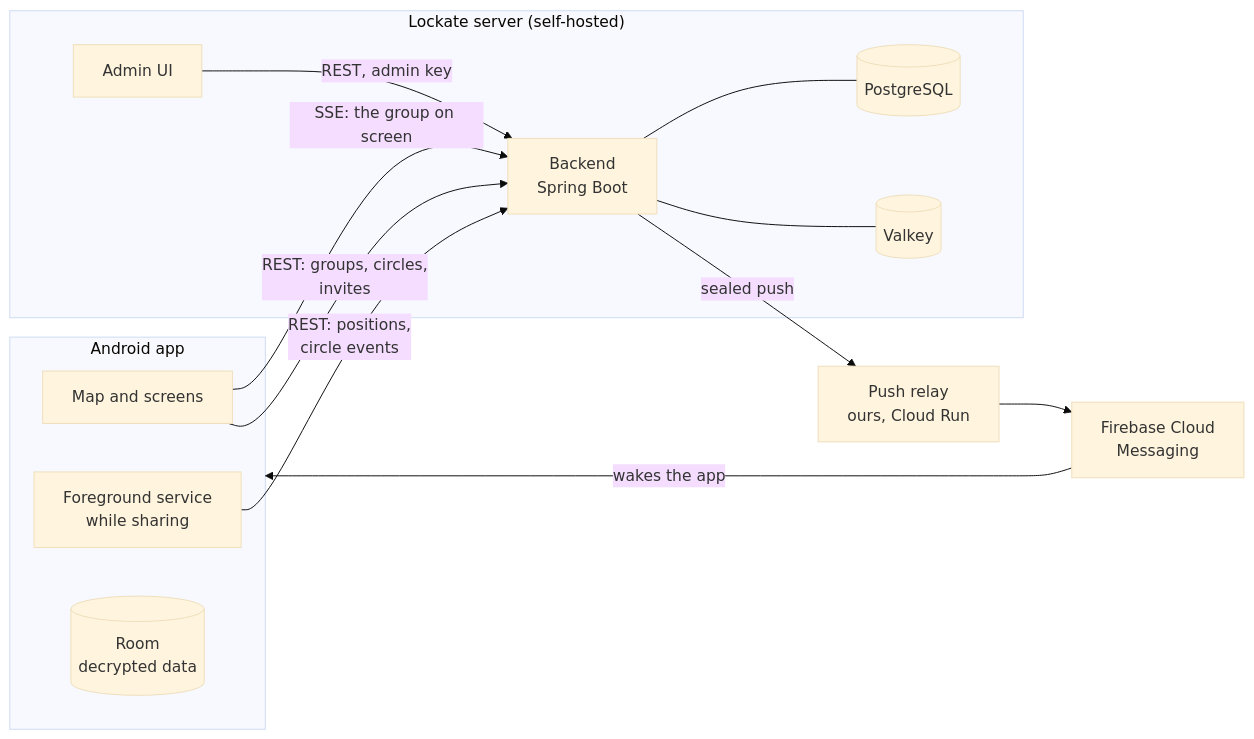
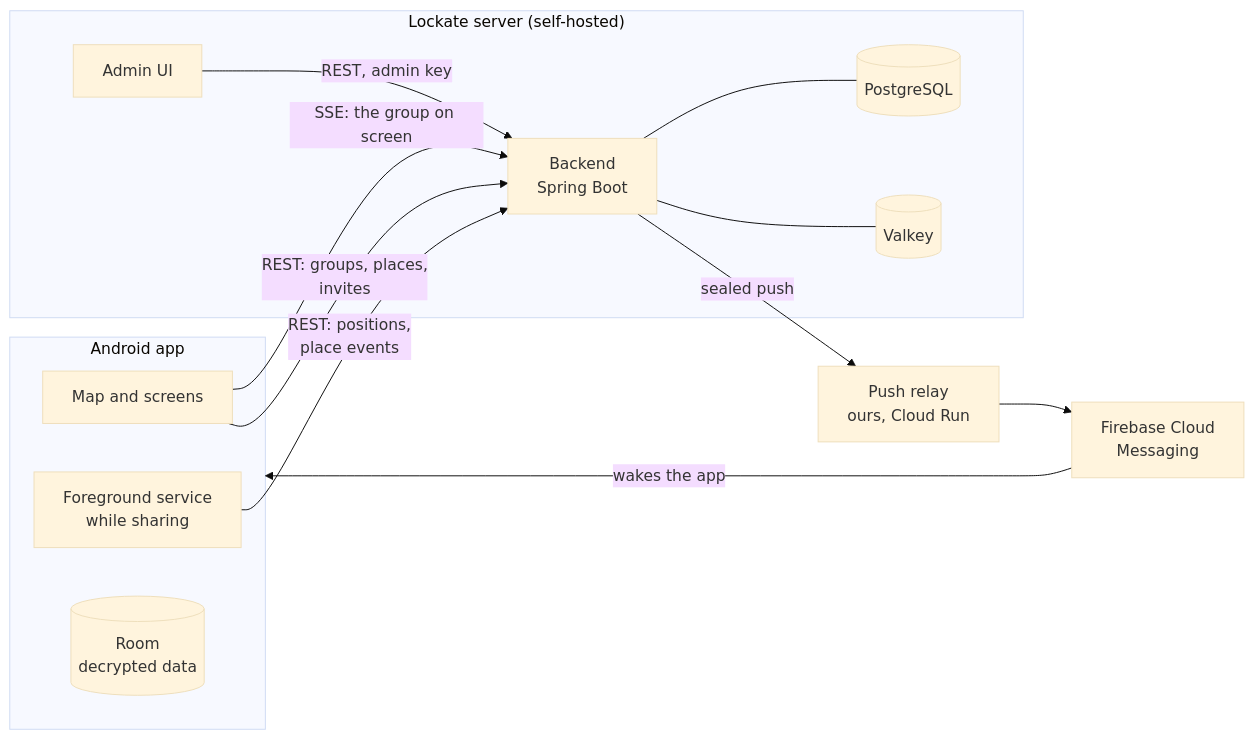
The first of 3 diagrams in docs/architecture.md (PeppeOsmio/lockate), drawn with Mermaid (base theme) before and after one commit. The commit also changed other lines of this file and 149 other files, not shown here.

First line of the commit message:
refactor: call circles places everywhere

````diff
--- a/docs/architecture.md
+++ b/docs/architecture.md
@@ -14,28 +14,28 @@
 ```mermaid
 flowchart LR
     subgraph Phone["Android app"]
         UI[Map and screens]
         FGS[Foreground service<br/>while sharing]
         Room[(Room<br/>decrypted data)]
     end
 
     subgraph Server["Lockate server (self-hosted)"]
         BE[Backend<br/>Spring Boot]
         PG[(PostgreSQL)]
         VK[(Valkey)]
         AUI[Admin UI]
     end
 
     Relay[Push relay<br/>ours, Cloud Run]
     FCM[Firebase Cloud<br/>Messaging]
 
-    FGS -- "REST: positions,<br/>circle events" --> BE
+    FGS -- "REST: positions,<br/>place events" --> BE
     UI -- "SSE: the group on screen" --> BE
-    UI -- "REST: groups, circles,<br/>invites" --> BE
+    UI -- "REST: groups, places,<br/>invites" --> BE
     BE --- PG
     BE --- VK
     AUI -- "REST, admin key" --> BE
     BE -- "sealed push" --> Relay
     Relay --> FCM
     FCM -- "wakes the app" --> Phone
 ```
````
